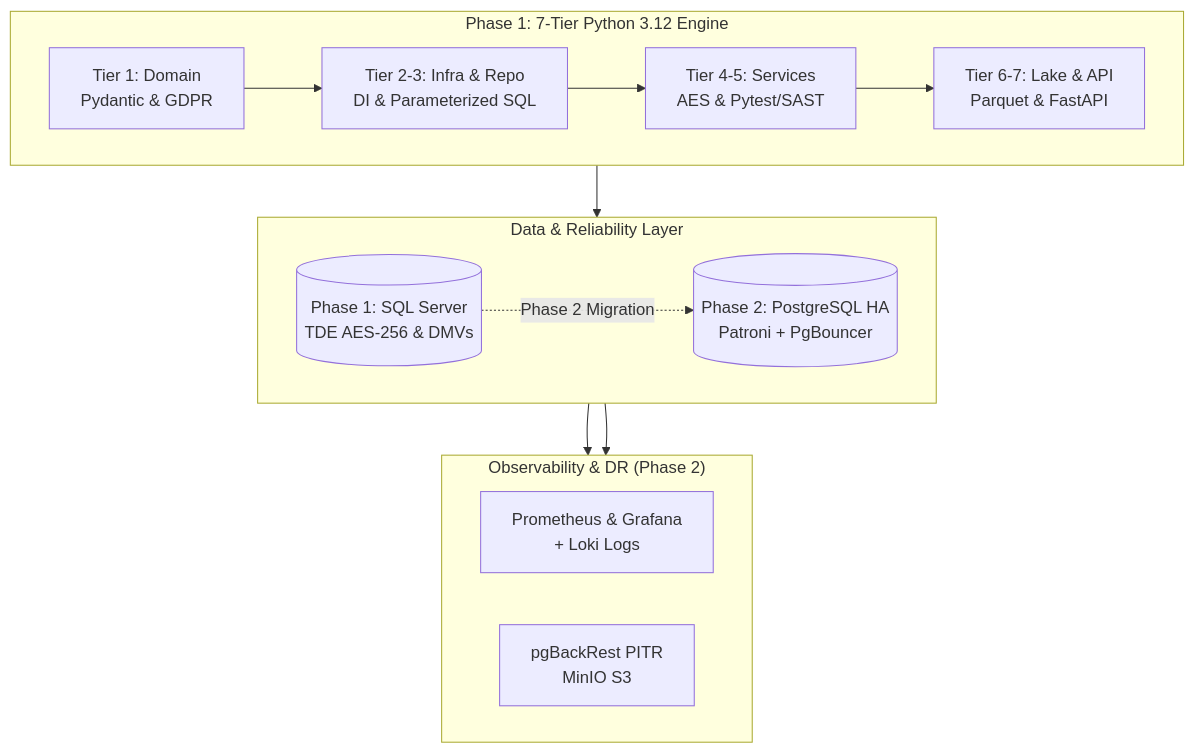
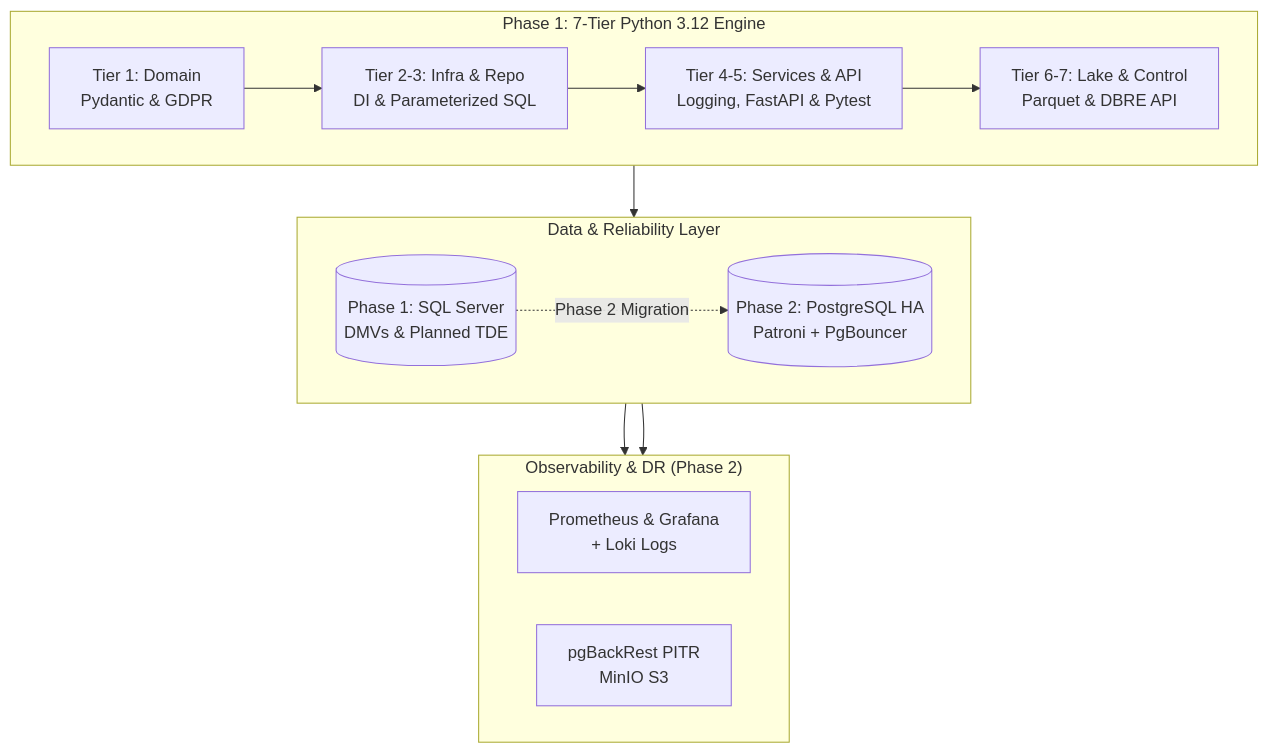
Before and after one commit to Murtada10/ClinicEnterprise-DevSecOps: the diagram in README.md, drawn with Mermaid. The commit also changed other lines of this file, not shown here.

Commit message:
docs: update README structure and roadmap with Tier 4, FastAPI, and 14/14 pytest results

````diff
--- a/README.md
+++ b/README.md
@@ -13,28 +17,28 @@
 ```mermaid
 flowchart TD
     subgraph App ["Phase 1: 7-Tier Python 3.12 Engine"]
         direction LR
         T1["Tier 1: Domain<br/>Pydantic & GDPR"]
         T2["Tier 2-3: Infra & Repo<br/>DI & Parameterized SQL"]
-        T3["Tier 4-5: Services<br/>AES & Pytest/SAST"]
-        T4["Tier 6-7: Lake & API<br/>Parquet & FastAPI"]
+        T3["Tier 4-5: Services & API<br/>Logging, FastAPI & Pytest"]
+        T4["Tier 6-7: Lake & Control<br/>Parquet & DBRE API"]
         T1 --> T2 --> T3 --> T4
     end
 
     subgraph DB ["Data & Reliability Layer"]
         direction LR
-        SQL[("Phase 1: SQL Server<br/>TDE AES-256 & DMVs")]
+        SQL[("Phase 1: SQL Server<br/>DMVs & Planned TDE")]
         PG[("Phase 2: PostgreSQL HA<br/>Patroni + PgBouncer")]
     end
 
     subgraph Ops ["Observability & DR (Phase 2)"]
         direction LR
         MON["Prometheus & Grafana<br/>+ Loki Logs"]
         DR["pgBackRest PITR<br/>MinIO S3"]
     end
 
     T2 --> SQL
     SQL -.->|Phase 2 Migration| PG
     PG --> MON
     PG --> DR
 ```
````
